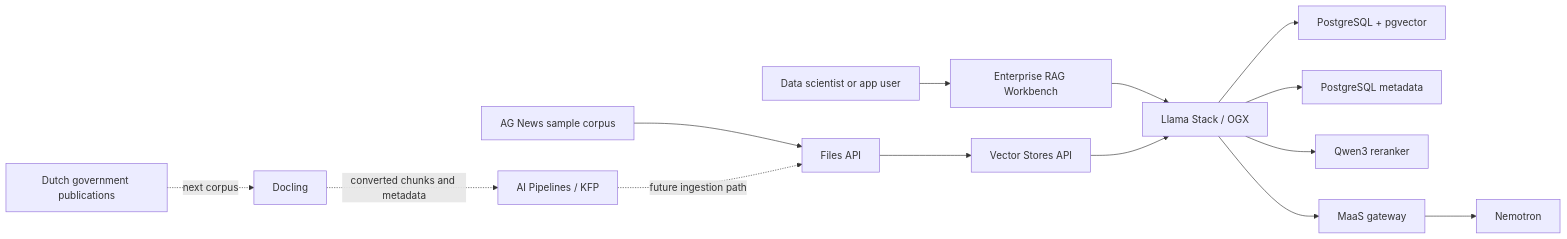
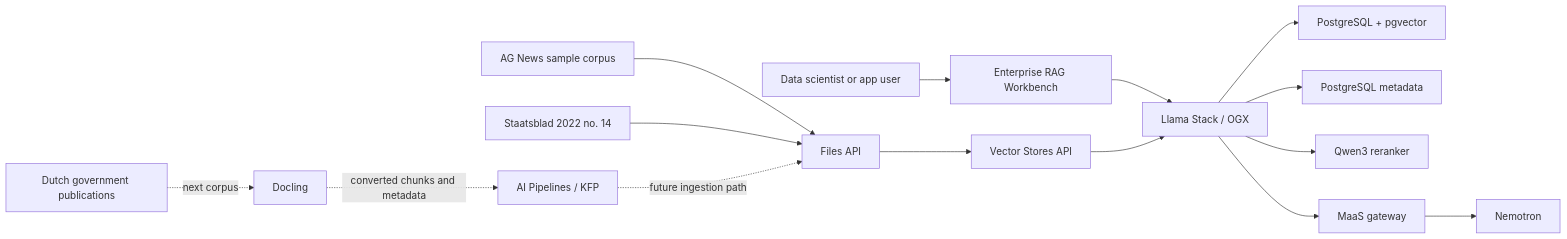
One commit to adnan-drina/rhoai3-demo changed the diagram in stage-230-private-data-rag/README.md. Above: the diagram before and after it, drawn with Mermaid. The commit also changed other lines of this file and 13 other files, not shown here.

````diff
--- a/stage-230-private-data-rag/README.md
+++ b/stage-230-private-data-rag/README.md
@@ -70,31 +76,33 @@
 ```mermaid
 flowchart LR
   user["Data scientist or app user"]
   corpus["AG News sample corpus"]
+  dutch["Staatsblad 2022 no. 14"]
   files["Files API"]
   vectors["Vector Stores API"]
   stack["Llama Stack / OGX"]
   pgvector["PostgreSQL + pgvector"]
   pg["PostgreSQL metadata"]
   reranker["Qwen3 reranker"]
   workbench["Enterprise RAG Workbench"]
   maas["MaaS gateway"]
   nemotron["Nemotron"]
   nl_docs["Dutch government publications"]
   docling["Docling"]
   kfp["AI Pipelines / KFP"]
 
   user --> workbench
   workbench --> stack
   corpus --> files
+  dutch --> files
   files --> vectors
   vectors --> stack
   stack --> pgvector
   stack --> pg
   stack --> reranker
   stack --> maas
   maas --> nemotron
   nl_docs -. "next corpus" .-> docling
   docling -. "converted chunks and metadata" .-> kfp
   kfp -. "future ingestion path" .-> files
 ```
````
